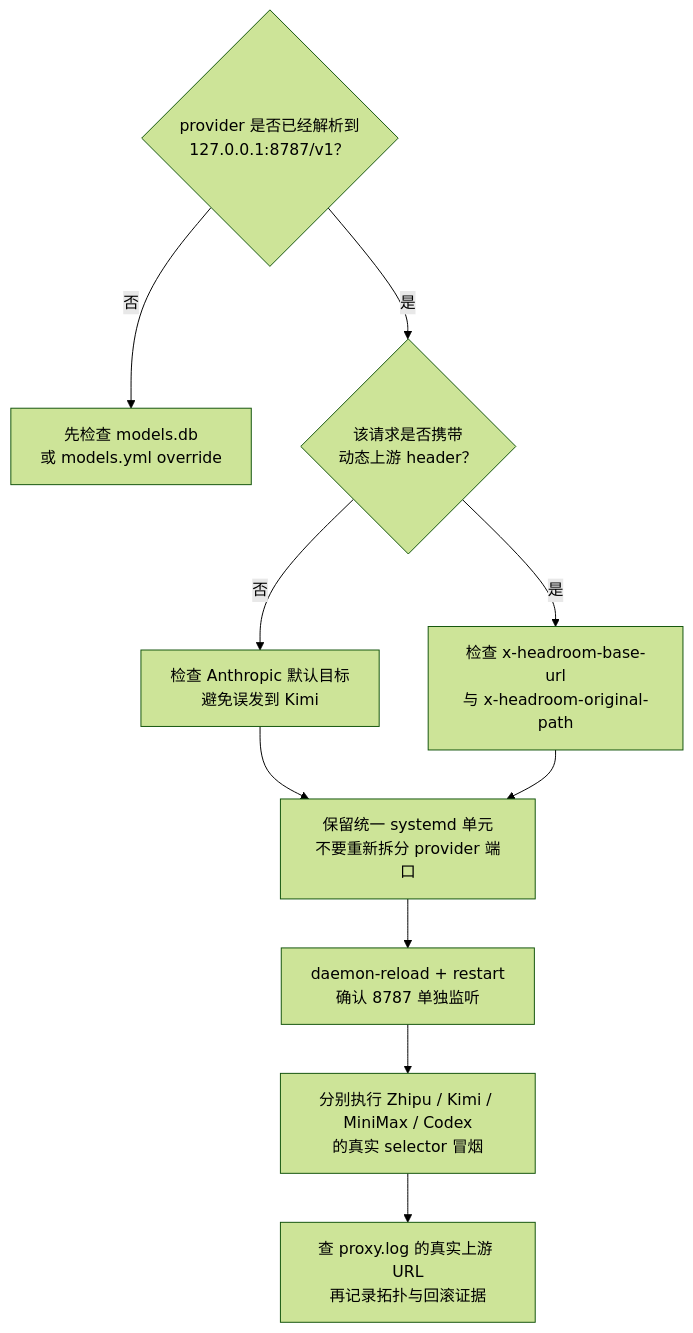
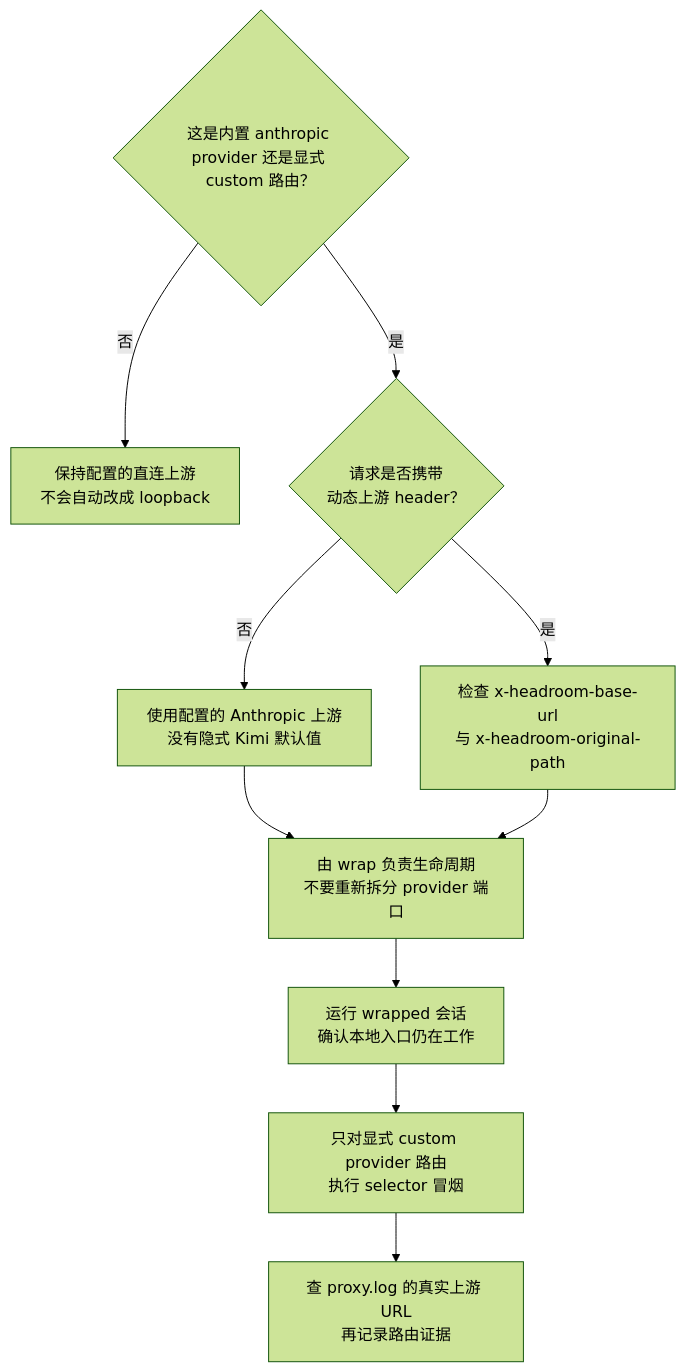
The third of 6 diagrams in src/content/note/zh-cn/omp-config-and-rules-guide.md (DavidHLP/DavidHLP.github.io), drawn with Mermaid (forest theme) before and after one commit. The commit also changed other lines of this file and 8 other files, not shown here.

````diff
--- a/src/content/note/zh-cn/omp-config-and-rules-guide.md
+++ b/src/content/note/zh-cn/omp-config-and-rules-guide.md
@@ -295,13 +316,13 @@
 ```mermaid
 flowchart TD
-  Q1{"provider 是否已经解析到<br/>127.0.0.1:8787/v1？"}
-  Q1 -- 否 --> T1["先检查 models.db<br/>或 models.yml override"]
-  Q1 -- 是 --> Q2{"该请求是否携带<br/>动态上游 header？"}
-  Q2 -- 否 --> D1["检查 Anthropic 默认目标<br/>避免误发到 Kimi"]
+  Q1{"这是内置 anthropic provider 还是显式 custom 路由？"}
+  Q1 -- 否 --> T1["保持配置的直连上游<br/>不会自动改成 loopback"]
+  Q1 -- 是 --> Q2{"请求是否携带<br/>动态上游 header？"}
+  Q2 -- 否 --> D1["使用配置的 Anthropic 上游<br/>没有隐式 Kimi 默认值"]
   Q2 -- 是 --> P1["检查 x-headroom-base-url<br/>与 x-headroom-original-path"]
-  D1 --> P2["保留统一 systemd 单元<br/>不要重新拆分 provider 端口"]
+  D1 --> P2["由 wrap 负责生命周期<br/>不要重新拆分 provider 端口"]
   P1 --> P2
-  P2 --> P3["daemon-reload + restart<br/>确认 8787 单独监听"]
-  P3 --> P4["分别执行 Zhipu / Kimi / MiniMax / Codex<br/>的真实 selector 冒烟"]
-  P4 --> P5["查 proxy.log 的真实上游 URL<br/>再记录拓扑与回滚证据"]
+  P2 --> P3["运行 wrapped 会话<br/>确认本地入口仍在工作"]
+  P3 --> P4["只对显式 custom provider 路由<br/>执行 selector 冒烟"]
+  P4 --> P5["查 proxy.log 的真实上游 URL<br/>再记录路由证据"]
 ```
````
